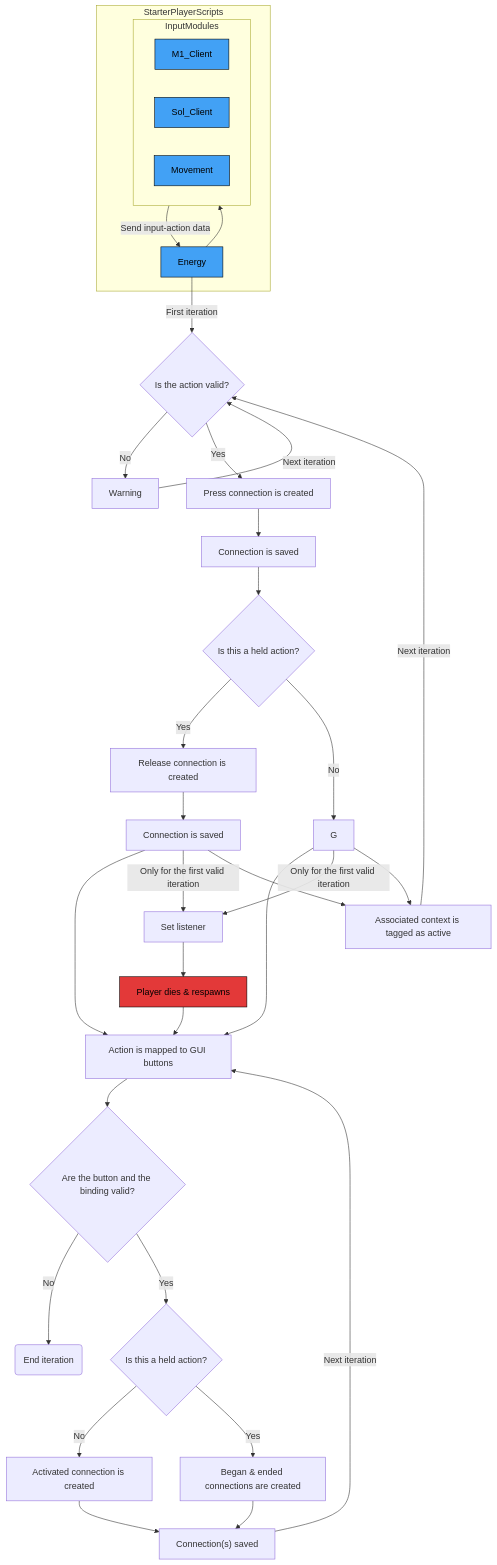
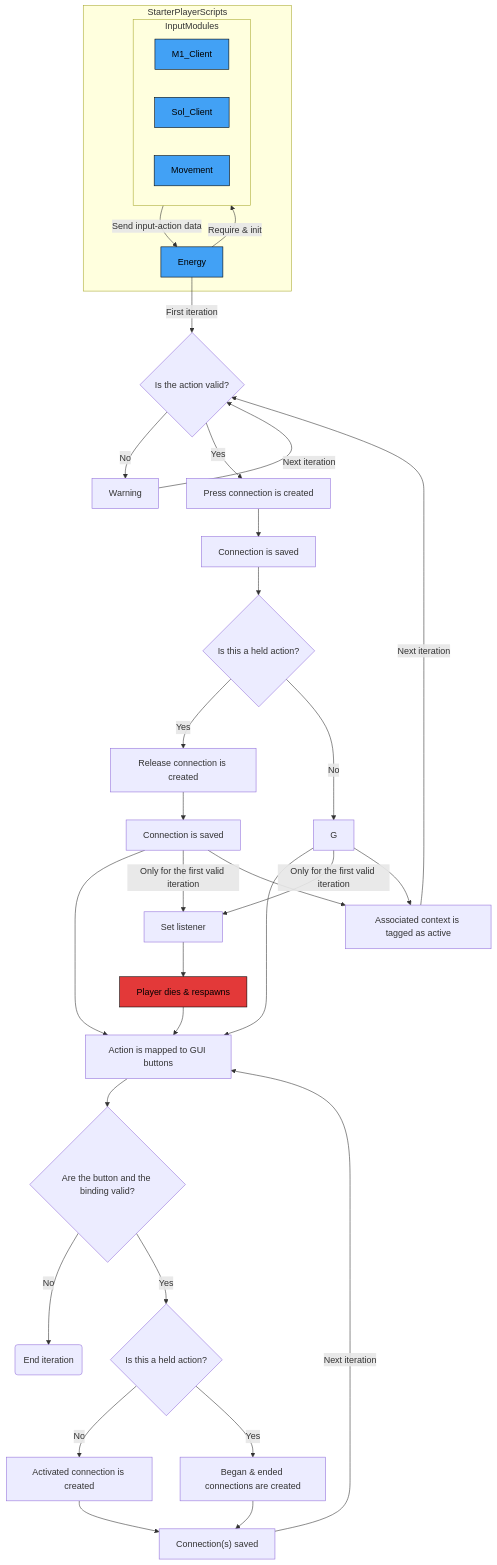
Before and after one commit to altair5607249/Crusaders-Game: the second of 7 diagrams in docs/diagrams.md, drawn with Mermaid.

````diff
--- a/docs/diagrams.md
+++ b/docs/diagrams.md
@@ -83,50 +83,50 @@
 ```mermaid
 flowchart TB;
 
   classDef eventNode fill:#e33939,stroke:#000000,color:#000000
   classDef clientNode fill:#42a1f5,stroke:#000000,color:#000000
 
   subgraph StarterPlayerScripts
     Energy;
 
     subgraph InputModules
       M1_Client;
       Sol_Client;
       Movement;
     end
   end
 
-  Energy-->InputModules
+  Energy-->|Require & init| InputModules
   InputModules-->|Send input-action data| Energy
   Energy-->|First iteration| A{Is the action valid?}
 
   A-->|No| B["Warning"]-->|Next iteration| A
   A-->|Yes| C["Press connection is created"]
 
   C-->D["Connection is saved"]
   D-->E{Is this a held action?}
 
   E-->|Yes| F["Release connection is created"]-->f["Connection is saved"]-->H["Action is mapped to GUI buttons"]
   E-->|No| G-->H
 
   G-->|Only for the first valid iteration| h["Set listener"]
   f-->|Only for the first valid iteration| h
   h-->i["Player dies & respawns"]-->H
 
   G-->a["Associated context is tagged as active"]
   f-->a
   a-->|Next iteration| A
 
   H-->I{Are the button and the binding valid?}
 
   I-->|No| J("End iteration")
   I-->|Yes| K{Is this a held action?}
 
   K-->|No| L["Activated connection is created"]-->O["Connection(s) saved"]
   K--> |Yes| M["Began & ended connections are created"]-->O
 
   O-->|Next iteration| H
 
   class Energy,M1_Client,Sol_Client,Movement clientNode;
   class i eventNode;
 ```
````
